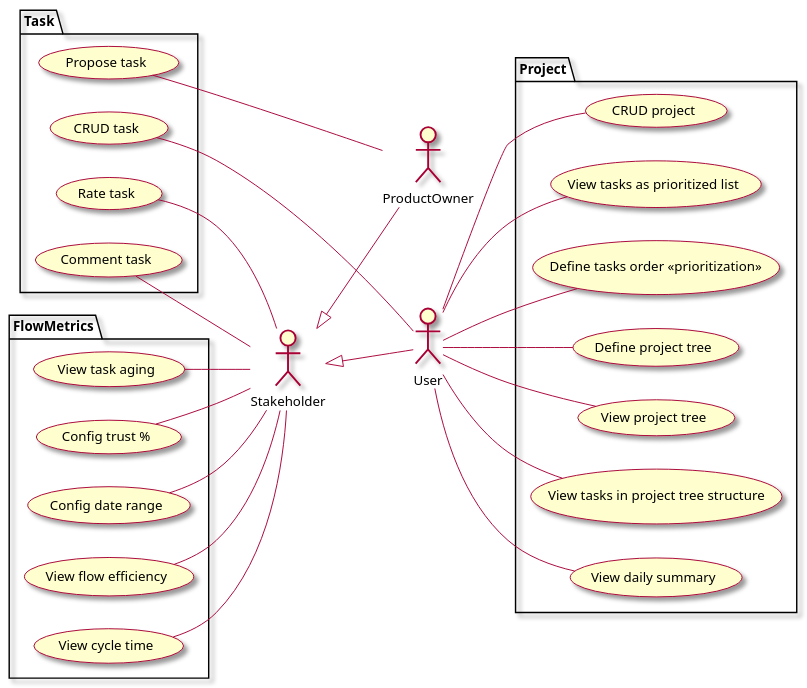
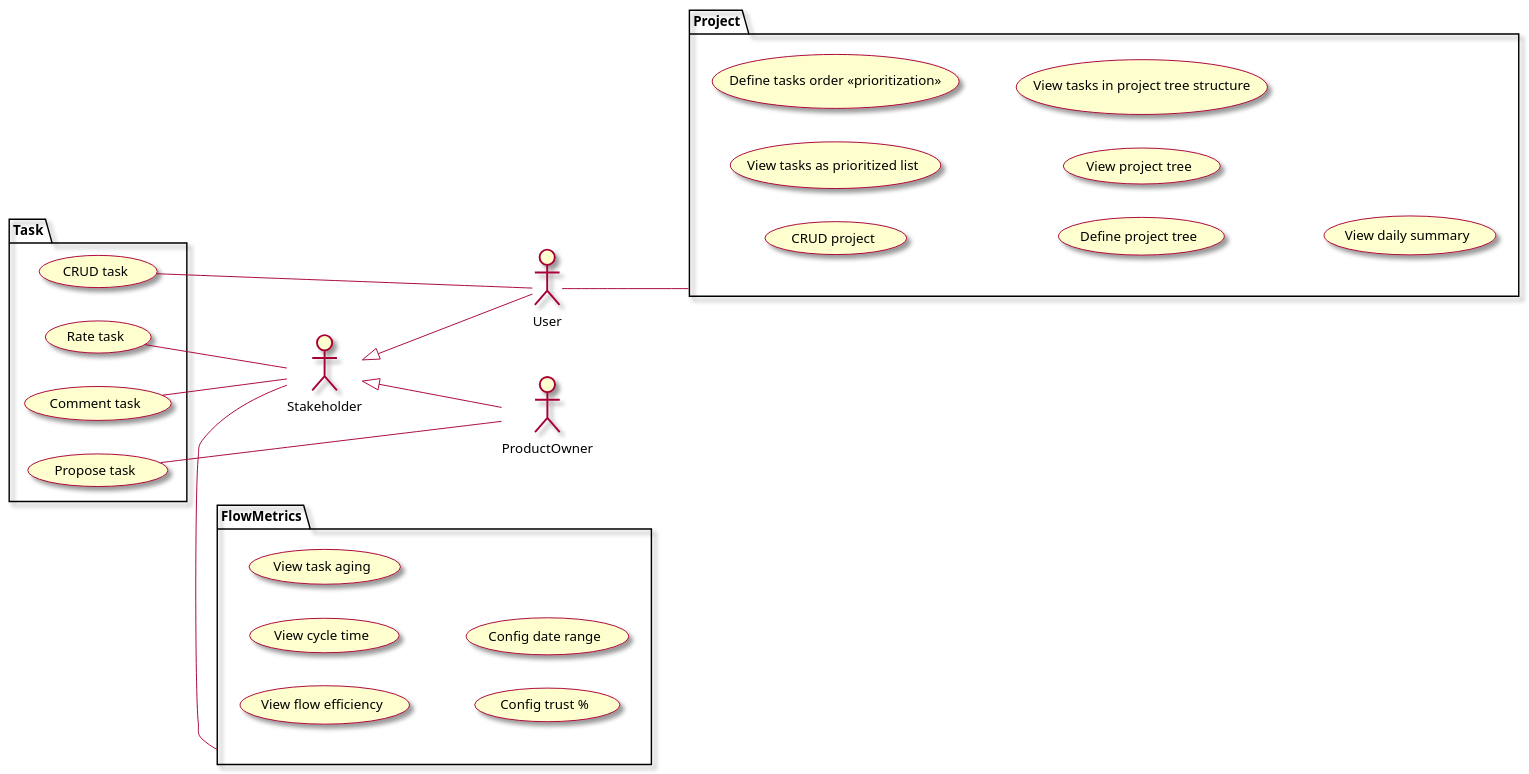
The diagram in Docs/UseCases.puml (Xiphereal/FlowTaskManagement), drawn with PlantUML before and after one commit.

Commit message:
docs: simplify relations of actors with use cases by relate them with the whole package directly

```diff
--- a/Docs/UseCases.puml
+++ b/Docs/UseCases.puml
@@ -1,43 +1,46 @@
 @startuml
 skin rose
 
 'https://plantuml.com/use-case-diagram
 
 left to right direction
 
 actor Stakeholder
 actor User
 actor ProductOwner
 
 Stakeholder <|-- User
 Stakeholder <|-- ProductOwner
 
 package Task {
     User -- (CRUD task)
     (Propose task) -- ProductOwner
     (Rate task) -- Stakeholder
     (Comment task) -- Stakeholder
 }
 
 package Project {
-    User -- (CRUD project)
-    User -- (View tasks as prioritized list)
+    (CRUD project)
+    (View tasks as prioritized list)
 
-    User -- (Define tasks order <<prioritization>>)
+    (Define tasks order <<prioritization>>)
 
-    User -- (Define project tree)
-    User -- (View project tree)
-    User -- (View tasks in project tree structure)
+    (Define project tree)
+    (View project tree)
+    (View tasks in project tree structure)
     
-    User -- (View daily summary)
+    (View daily summary)
 }
 
+User -- Project
+
 package FlowMetrics {
-     (View flow efficiency) -- Stakeholder
-     (View cycle time) -- Stakeholder
-     (View task aging) -- Stakeholder
-     (Config trust %) -- Stakeholder
-     (Config date range) -- Stakeholder
+     (View flow efficiency)
+     (View cycle time)
+     (View task aging)
+     (Config trust %)
+     (Config date range)
 }
+ FlowMetrics - Stakeholder
 
 @enduml
```
